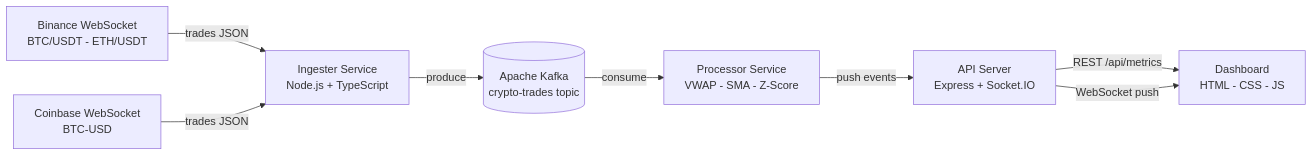
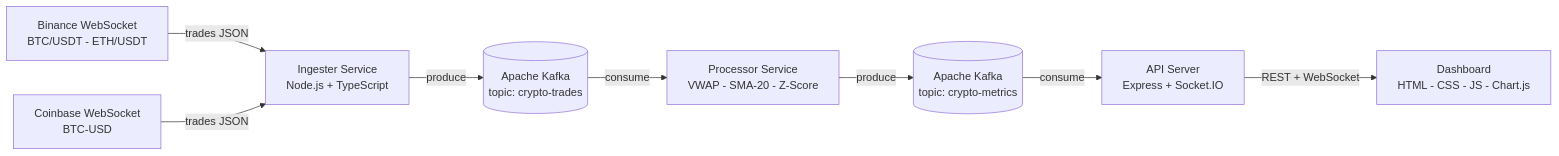
Before and after one commit to Adam-Blf/crypto-market-monitor: the diagram in README.md, drawn with Mermaid. The commit also changed other lines of this file and 5 other files, not shown here.

````diff
--- a/README.md
+++ b/README.md
@@ -31,10 +33,10 @@
 ```mermaid
 graph LR
     B["Binance WebSocket<br/>BTC/USDT - ETH/USDT"] -->|trades JSON| ING["Ingester Service<br/>Node.js + TypeScript"]
     C["Coinbase WebSocket<br/>BTC-USD"] -->|trades JSON| ING
-    ING -->|produce| K[("Apache Kafka<br/>crypto-trades topic")]
-    K -->|consume| PROC["Processor Service<br/>VWAP - SMA - Z-Score"]
-    PROC -->|push events| API["API Server<br/>Express + Socket.IO"]
-    API -->|REST /api/metrics| DASH["Dashboard<br/>HTML - CSS - JS"]
-    API -->|WebSocket push| DASH
+    ING -->|produce| K[("Apache Kafka<br/>topic: crypto-trades")]
+    K -->|consume| PROC["Processor Service<br/>VWAP - SMA-20 - Z-Score"]
+    PROC -->|produce| K2[("Apache Kafka<br/>topic: crypto-metrics")]
+    K2 -->|consume| API["API Server<br/>Express + Socket.IO"]
+    API -->|REST + WebSocket| DASH["Dashboard<br/>HTML - CSS - JS - Chart.js"]
 ```
````
